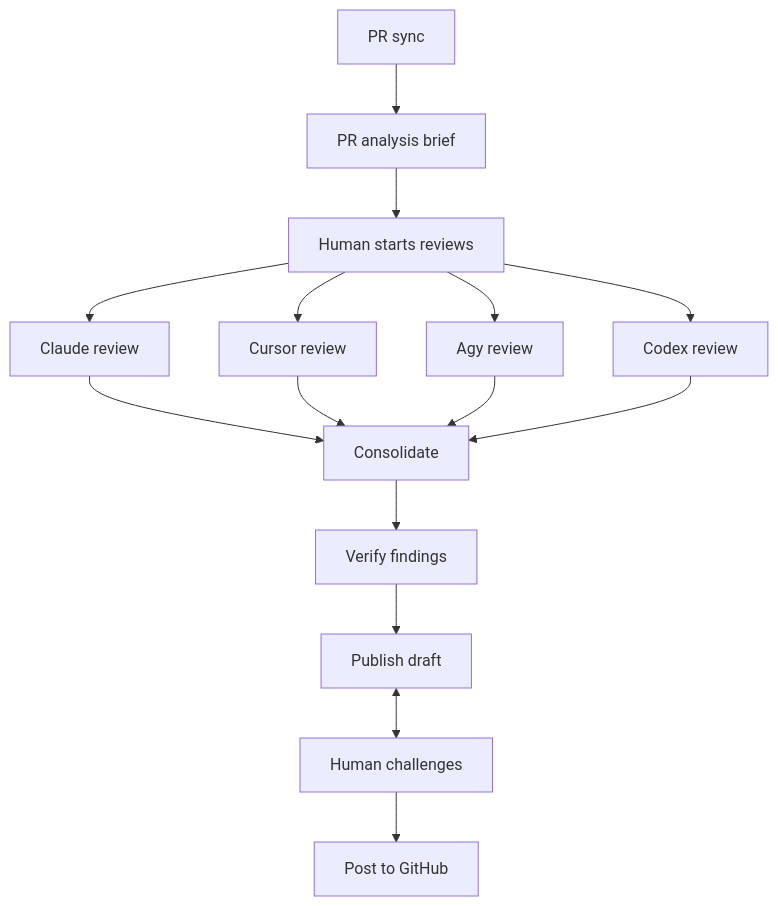
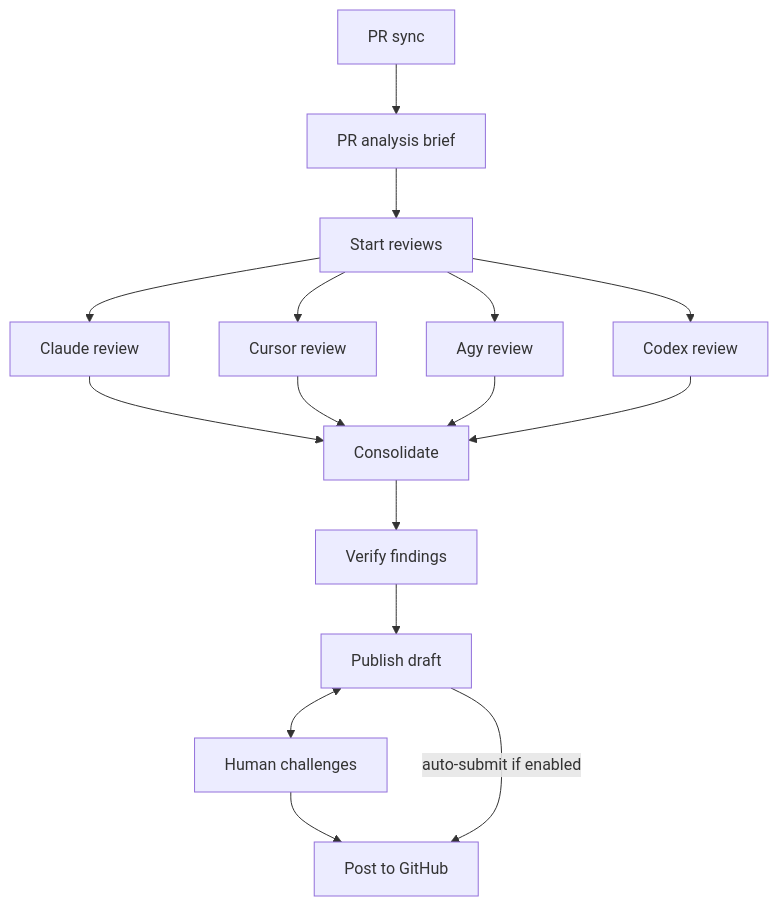
One commit to israel-segundo/lazyreview changed the first of 4 diagrams in README.md. Above: the diagram before and after it, drawn with Mermaid. The commit also changed other lines of this file and 1 other file, not shown here.

First line of the commit message:
Document optional auto-kick and auto-submit in README and /why.

````diff
--- a/README.md
+++ b/README.md
@@ -20,17 +24,18 @@
 ```mermaid
 flowchart TD
   sync[PR sync] --> analysis[PR analysis brief]
-  analysis --> order[Human starts reviews]
+  analysis --> order[Start reviews]
   order --> r1[Claude review]
   order --> r2[Cursor review]
   order --> r3[Agy review]
   order --> r4[Codex review]
   r1 --> consol[Consolidate]
   r2 --> consol
   r3 --> consol
   r4 --> consol
   consol --> verify[Verify findings]
   verify --> publish[Publish draft]
   publish <--> challenge[Human challenges]
   challenge --> github[Post to GitHub]
+  publish -->|auto-submit if enabled| github
 ```
````
